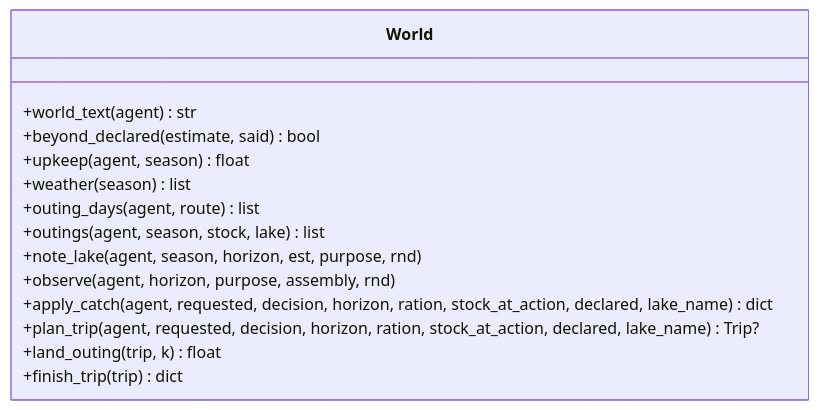
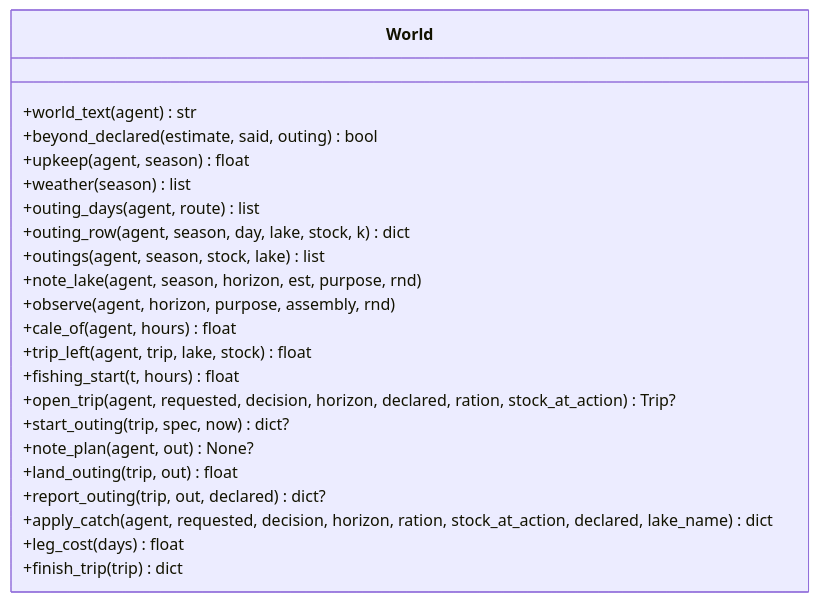
One commit to Romain-LM-Dev/Projet-Parcours---Filets-de-Vellmor changed the fourth of 14 diagrams in docs/uml/classes-monde.md. Above: the diagram before and after it, drawn with Mermaid. The commit also changed other lines of this file and 14 other files, not shown here.

````diff
--- a/docs/uml/classes-monde.md
+++ b/docs/uml/classes-monde.md
@@ -214,17 +215,25 @@
 ```mermaid
 classDiagram
     class World {
         +world_text(agent) str
-        +beyond_declared(estimate, said) bool
+        +beyond_declared(estimate, said, outing) bool
         +upkeep(agent, season) float
         +weather(season) list
         +outing_days(agent, route) list
+        +outing_row(agent, season, day, lake, stock, k) dict
         +outings(agent, season, stock, lake) list
         +note_lake(agent, season, horizon, est, purpose, rnd)
         +observe(agent, horizon, purpose, assembly, rnd)
+        +cale_of(agent, hours) float
+        +trip_left(agent, trip, lake, stock) float
+        +fishing_start(t, hours) float
+        +open_trip(agent, requested, decision, horizon, declared, ration, stock_at_action) Trip?
+        +start_outing(trip, spec, now) dict?
+        +note_plan(agent, out) None?
+        +land_outing(trip, out) float
+        +report_outing(trip, out, declared) dict?
         +apply_catch(agent, requested, decision, horizon, ration, stock_at_action, declared, lake_name) dict
-        +plan_trip(agent, requested, decision, horizon, ration, stock_at_action, declared, lake_name) Trip?
-        +land_outing(trip, k) float
+        +leg_cost(days) float
         +finish_trip(trip) dict
     }
 ```
````
